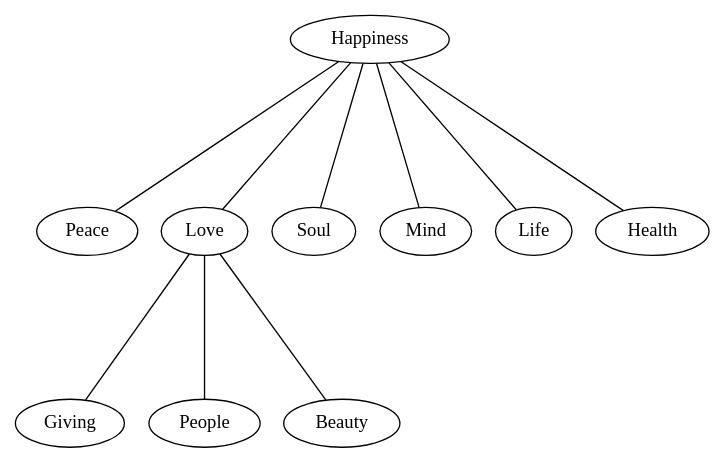
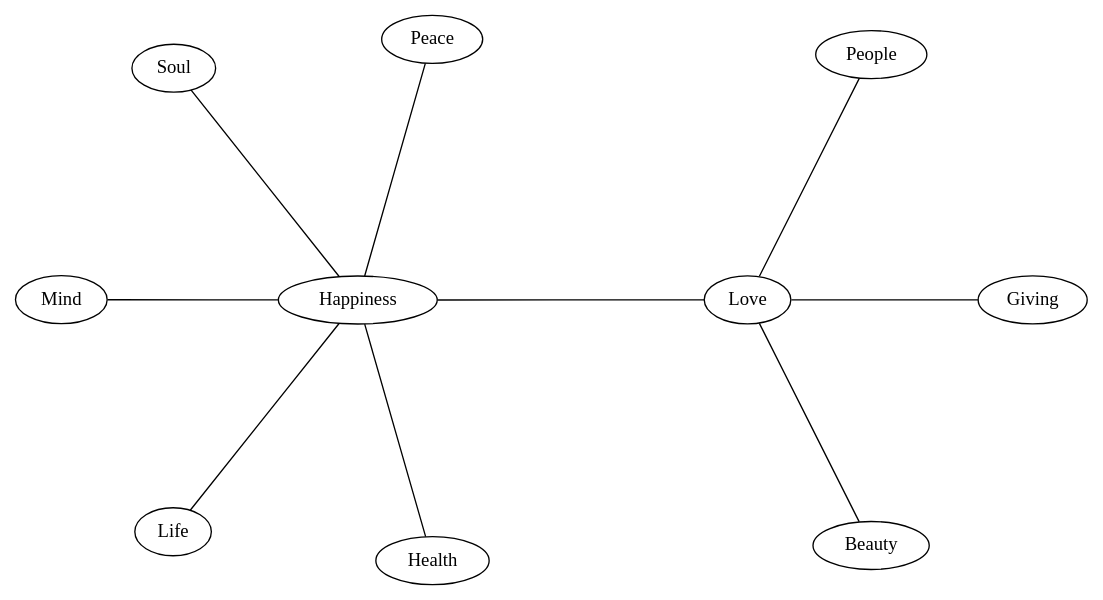
Before and after one commit to sisyphus1212/note: the tenth of 13 diagrams in other/graphviz.md, drawn with Graphviz.

Commit message:
auto_update

````diff
--- a/other/graphviz.md
+++ b/other/graphviz.md
@@ -128,18 +128,18 @@
 ```graphviz
 graph graph_name{
-    layout=dot; graph [ranksep=1.5];
+    layout=sfdp; graph [ranksep=1.5];
 	Happiness -- {
 		Peace
 		Love
 		Soul
 		Mind
 		Life
 		Health
 	}
     Love -- {
 		Giving
 		People
 		Beauty
 	}
 }
 ```
````
